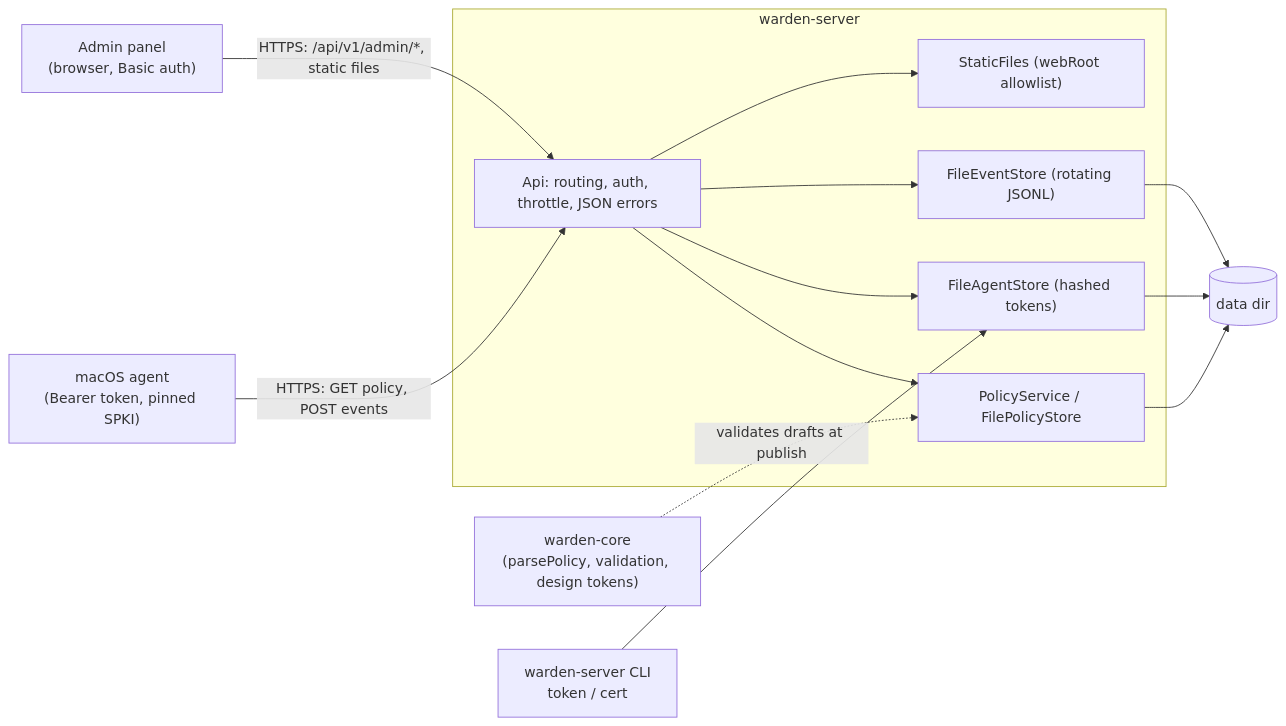
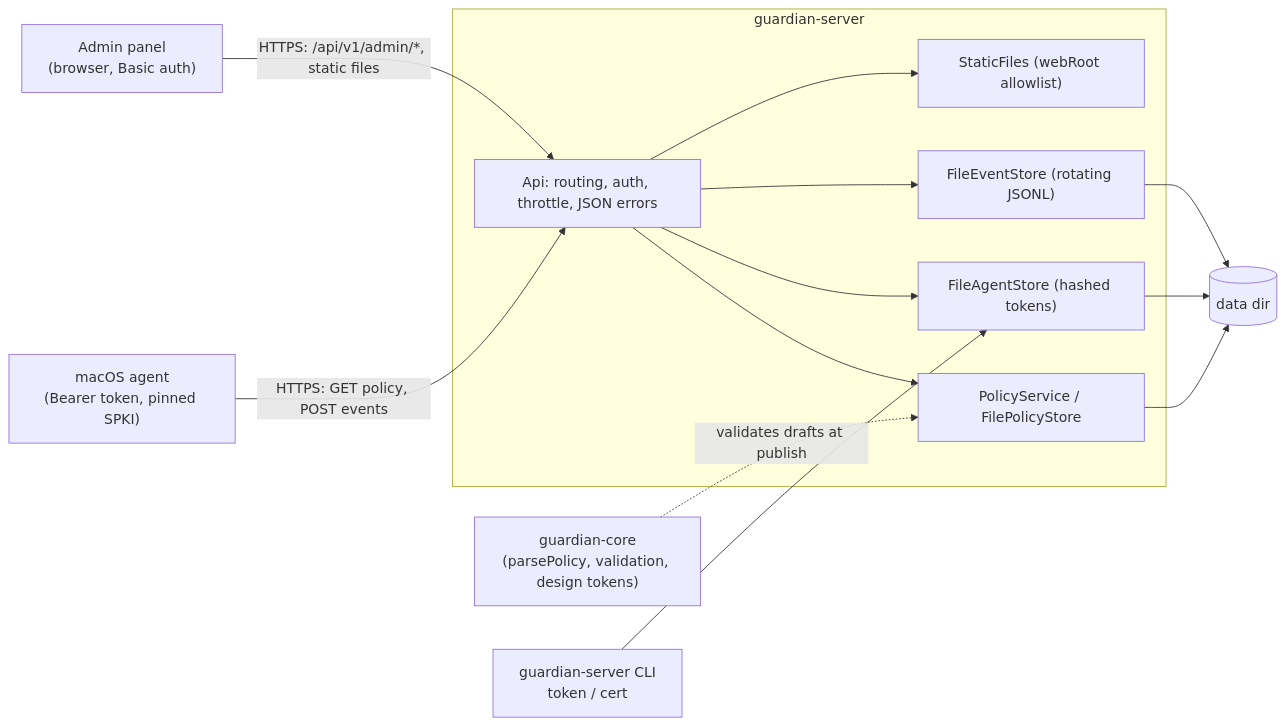
One commit to EugeneHil/guardian-server changed the diagram in README.md. Above: the diagram before and after it, drawn with Mermaid. The commit also changed other lines of this file and 16 other files, not shown here.

````diff
--- a/README.md
+++ b/README.md
@@ -10,17 +12,17 @@
 ```mermaid
 flowchart LR
   agent["macOS agent<br/>(Bearer token, pinned SPKI)"] -->|"HTTPS: GET policy, POST events"| api
   panel["Admin panel<br/>(browser, Basic auth)"] -->|"HTTPS: /api/v1/admin/*, static files"| api
-  subgraph server["warden-server"]
+  subgraph server["guardian-server"]
     api["Api: routing, auth, throttle, JSON errors"]
     api --> policies["PolicyService / FilePolicyStore"]
     api --> agents["FileAgentStore (hashed tokens)"]
     api --> events["FileEventStore (rotating JSONL)"]
     api --> static["StaticFiles (webRoot allowlist)"]
   end
-  core["warden-core<br/>(parsePolicy, validation, design tokens)"] -.->|"validates drafts at publish"| policies
+  core["guardian-core<br/>(parsePolicy, validation, design tokens)"] -.->|"validates drafts at publish"| policies
   policies --> data[("data dir")]
   agents --> data
   events --> data
-  cli["warden-server CLI<br/>token / cert"] --> agents
+  cli["guardian-server CLI<br/>token / cert"] --> agents
 ```
````
